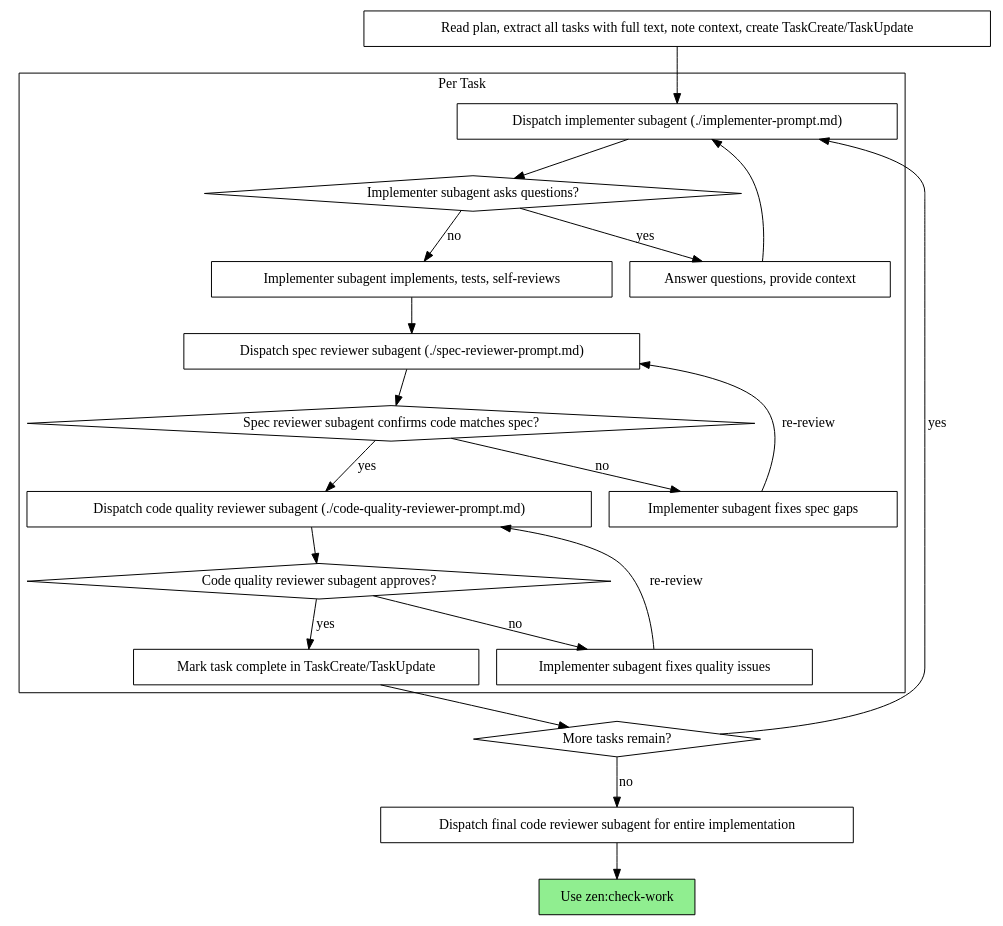
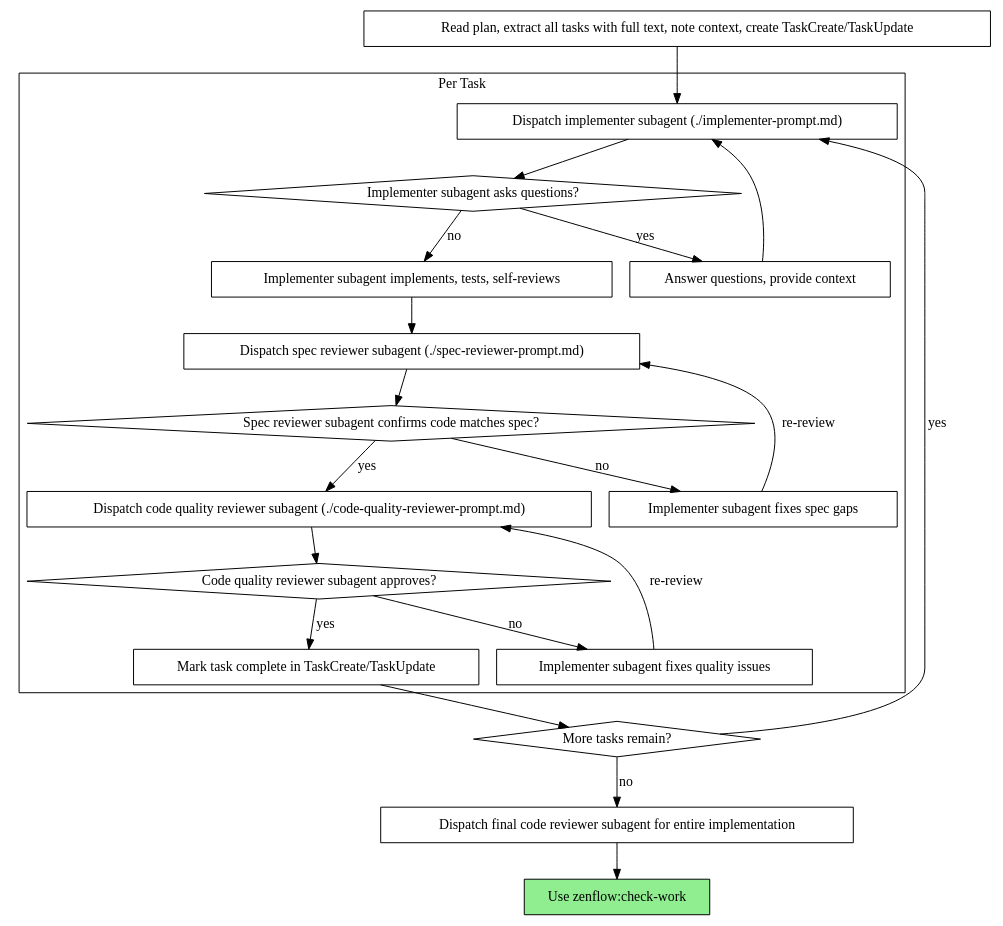
Before and after one commit to brewpirate/zen-flow: the second of 2 diagrams in plugins/zenflow/skills/dispatch/SKILL.md, drawn with Graphviz. The commit also changed other lines of this file and 46 other files, not shown here.

````diff
--- a/plugins/zenflow/skills/dispatch/SKILL.md
+++ b/plugins/zenflow/skills/dispatch/SKILL.md
@@ -42,44 +42,44 @@
 ```dot
 digraph process {
     rankdir=TB;
 
     subgraph cluster_per_task {
         label="Per Task";
         "Dispatch implementer subagent (./implementer-prompt.md)" [shape=box];
         "Implementer subagent asks questions?" [shape=diamond];
         "Answer questions, provide context" [shape=box];
         "Implementer subagent implements, tests, self-reviews" [shape=box];
         "Dispatch spec reviewer subagent (./spec-reviewer-prompt.md)" [shape=box];
         "Spec reviewer subagent confirms code matches spec?" [shape=diamond];
         "Implementer subagent fixes spec gaps" [shape=box];
         "Dispatch code quality reviewer subagent (./code-quality-reviewer-prompt.md)" [shape=box];
         "Code quality reviewer subagent approves?" [shape=diamond];
         "Implementer subagent fixes quality issues" [shape=box];
         "Mark task complete in TaskCreate/TaskUpdate" [shape=box];
     }
 
     "Read plan, extract all tasks with full text, note context, create TaskCreate/TaskUpdate" [shape=box];
     "More tasks remain?" [shape=diamond];
     "Dispatch final code reviewer subagent for entire implementation" [shape=box];
-    "Use zen:check-work" [shape=box style=filled fillcolor=lightgreen];
+    "Use zenflow:check-work" [shape=box style=filled fillcolor=lightgreen];
 
     "Read plan, extract all tasks with full text, note context, create TaskCreate/TaskUpdate" -> "Dispatch implementer subagent (./implementer-prompt.md)";
     "Dispatch implementer subagent (./implementer-prompt.md)" -> "Implementer subagent asks questions?";
     "Implementer subagent asks questions?" -> "Answer questions, provide context" [label="yes"];
     "Answer questions, provide context" -> "Dispatch implementer subagent (./implementer-prompt.md)";
     "Implementer subagent asks questions?" -> "Implementer subagent implements, tests, self-reviews" [label="no"];
     "Implementer subagent implements, tests, self-reviews" -> "Dispatch spec reviewer subagent (./spec-reviewer-prompt.md)";
     "Dispatch spec reviewer subagent (./spec-reviewer-prompt.md)" -> "Spec reviewer subagent confirms code matches spec?";
     "Spec reviewer subagent confirms code matches spec?" -> "Implementer subagent fixes spec gaps" [label="no"];
     "Implementer subagent fixes spec gaps" -> "Dispatch spec reviewer subagent (./spec-reviewer-prompt.md)" [label="re-review"];
     "Spec reviewer subagent confirms code matches spec?" -> "Dispatch code quality reviewer subagent (./code-quality-reviewer-prompt.md)" [label="yes"];
     "Dispatch code quality reviewer subagent (./code-quality-reviewer-prompt.md)" -> "Code quality reviewer subagent approves?";
     "Code quality reviewer subagent approves?" -> "Implementer subagent fixes quality issues" [label="no"];
     "Implementer subagent fixes quality issues" -> "Dispatch code quality reviewer subagent (./code-quality-reviewer-prompt.md)" [label="re-review"];
     "Code quality reviewer subagent approves?" -> "Mark task complete in TaskCreate/TaskUpdate" [label="yes"];
     "Mark task complete in TaskCreate/TaskUpdate" -> "More tasks remain?";
     "More tasks remain?" -> "Dispatch implementer subagent (./implementer-prompt.md)" [label="yes"];
     "More tasks remain?" -> "Dispatch final code reviewer subagent for entire implementation" [label="no"];
-    "Dispatch final code reviewer subagent for entire implementation" -> "Use zen:check-work";
+    "Dispatch final code reviewer subagent for entire implementation" -> "Use zenflow:check-work";
 }
 ```
````
